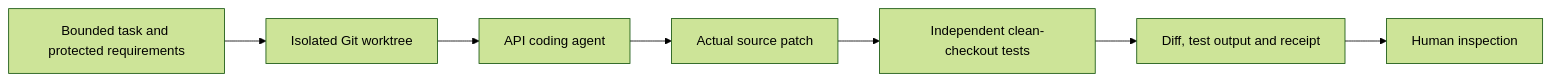
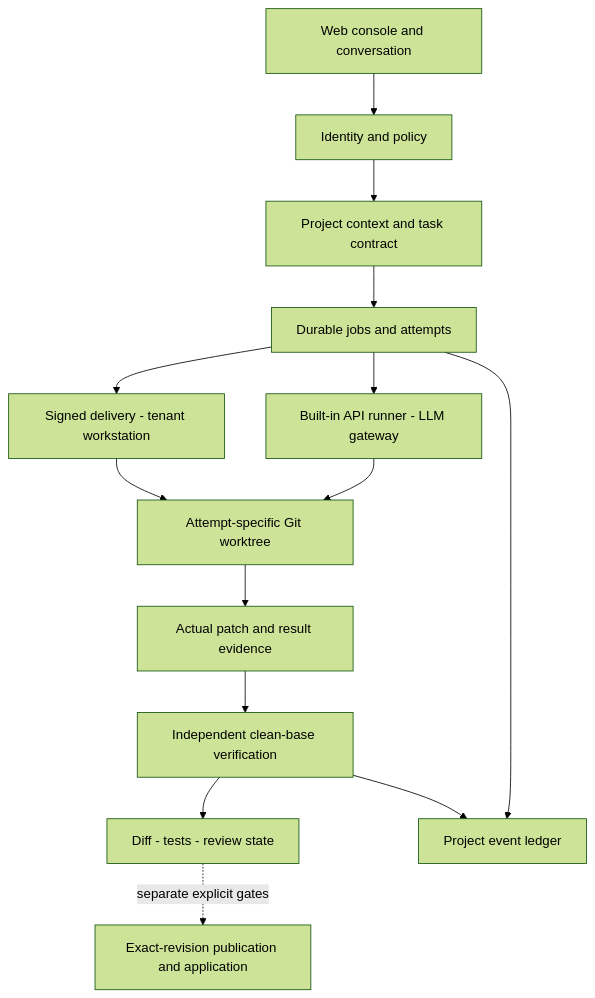
Before and after one commit to muisik/dispatcher-showcase: the second of 2 diagrams in README.md, drawn with Mermaid (forest theme). The commit also changed other lines of this file and 5 other files, not shown here.

````diff
--- a/README.md
+++ b/README.md
@@ -101,9 +279,16 @@
 ```mermaid
-flowchart LR
-    A[Bounded task and protected requirements] --> B[Isolated Git worktree]
-    B --> C[API coding agent]
-    C --> D[Actual source patch]
-    D --> E[Independent clean-checkout tests]
-    E --> F[Diff, test output and receipt]
-    F --> G[Human inspection]
+flowchart TB
+    UI[Web console and conversation] --> API[Identity and policy]
+    API --> Context[Project context and task contract]
+    Context --> Queue[Durable jobs and attempts]
+    Queue --> Native[Signed delivery - tenant workstation]
+    Queue --> Builtin[Built-in API runner - LLM gateway]
+    Native --> Work[Attempt-specific Git worktree]
+    Builtin --> Work
+    Work --> Evidence[Actual patch and result evidence]
+    Evidence --> Verify[Independent clean-base verification]
+    Verify --> Review[Diff - tests - review state]
+    Review -. separate explicit gates .-> Apply[Exact-revision publication and application]
+    Queue --> Ledger[Project event ledger]
+    Verify --> Ledger
 ```
````
